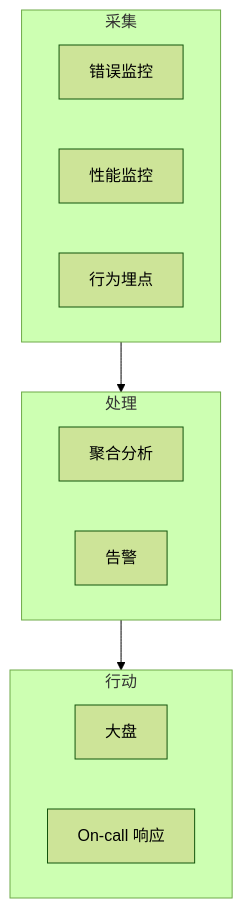
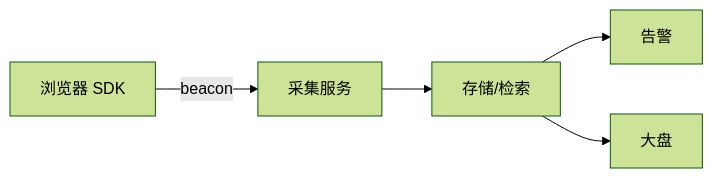
Before and after one commit to c-builder/study: the diagram in 06-质量与稳定性/02-监控与告警.md, drawn with Mermaid (forest theme). The commit also changed other lines of this file and 28 other files, not shown here.

````diff
--- a/06-质量与稳定性/02-监控与告警.md
+++ b/06-质量与稳定性/02-监控与告警.md
@@ -24,21 +19,7 @@
 ```mermaid
-flowchart TB
-    subgraph collect [采集]
-        Error[错误监控]
-        Perf[性能监控]
-        Behavior[行为埋点]
-    end
-    
-    subgraph process [处理]
-        Aggregate[聚合分析]
-        Alert[告警]
-    end
-    
-    subgraph action [行动]
-        Dashboard[大盘]
-        OnCall[On-call 响应]
-    end
-    
-    collect --> process
-    process --> action
+flowchart LR
+    Client[浏览器 SDK] -->|beacon| Ingest[采集服务]
+    Ingest --> Store[存储/检索]
+    Store --> Alert[告警]
+    Store --> Dash[大盘]
 ```
````
